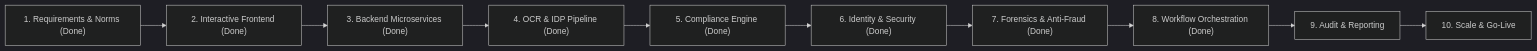
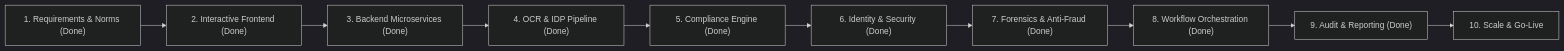
The fourth of 4 diagrams in SatyaSetu_AI_Project_Dossier.md (nitin24x7/SatyaSetu_AI), drawn with Mermaid (dark theme) before and after one commit. The commit also changed other lines of this file and 15 other files, not shown here.

Commit message:
feat(ledger): complete Phase 9 Immutable Audit Ledger, Cryptographic Receipts & Regulatory Reporting

````diff
--- a/SatyaSetu_AI_Project_Dossier.md
+++ b/SatyaSetu_AI_Project_Dossier.md
@@ -206,12 +206,12 @@
 ```mermaid
 flowchart LR
     P1["1. Requirements & Norms (Done)"] --> P2["2. Interactive Frontend (Done)"]
     P2 --> P3["3. Backend Microservices (Done)"]
     P3 --> P4["4. OCR & IDP Pipeline (Done)"]
     P4 --> P5["5. Compliance Engine (Done)"]
     P5 --> P6["6. Identity & Security (Done)"]
     P6 --> P7["7. Forensics & Anti-Fraud (Done)"]
     P7 --> P8["8. Workflow Orchestration (Done)"]
-    P8 --> P9["9. Audit & Reporting"]
+    P8 --> P9["9. Audit & Reporting (Done)"]
     P9 --> P10["10. Scale & Go-Live"]
 ```
````
